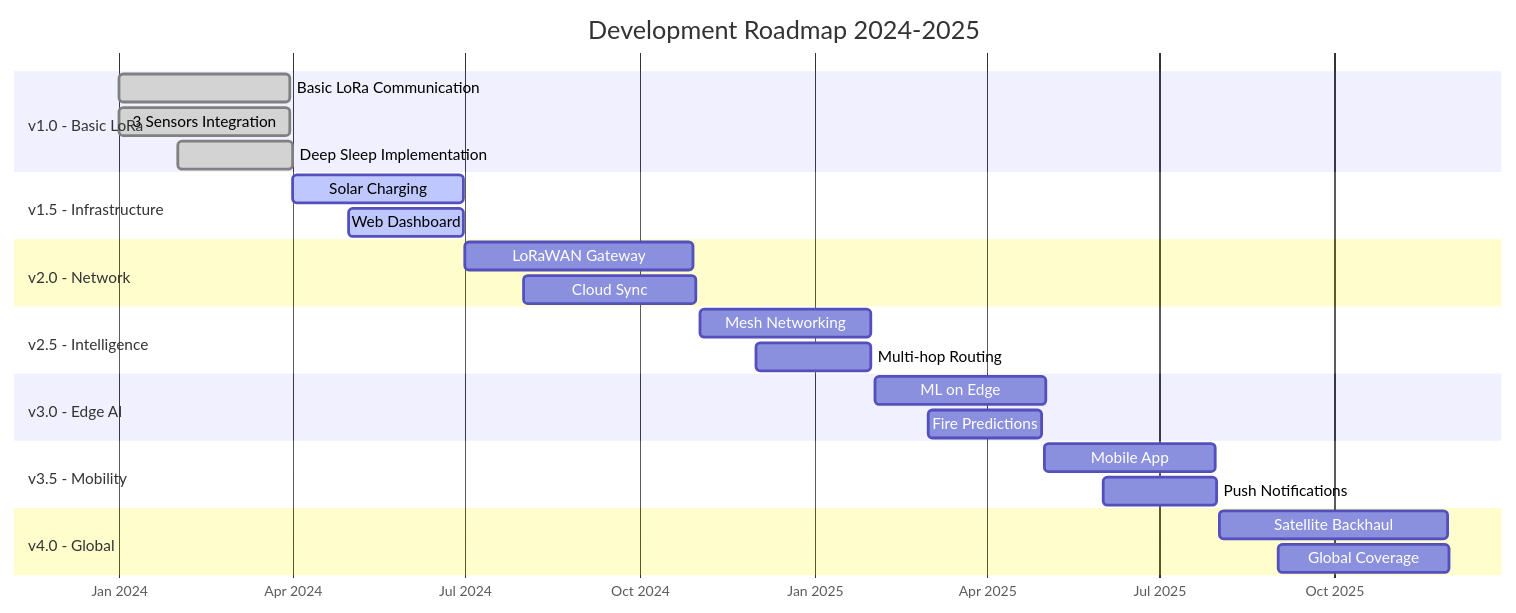
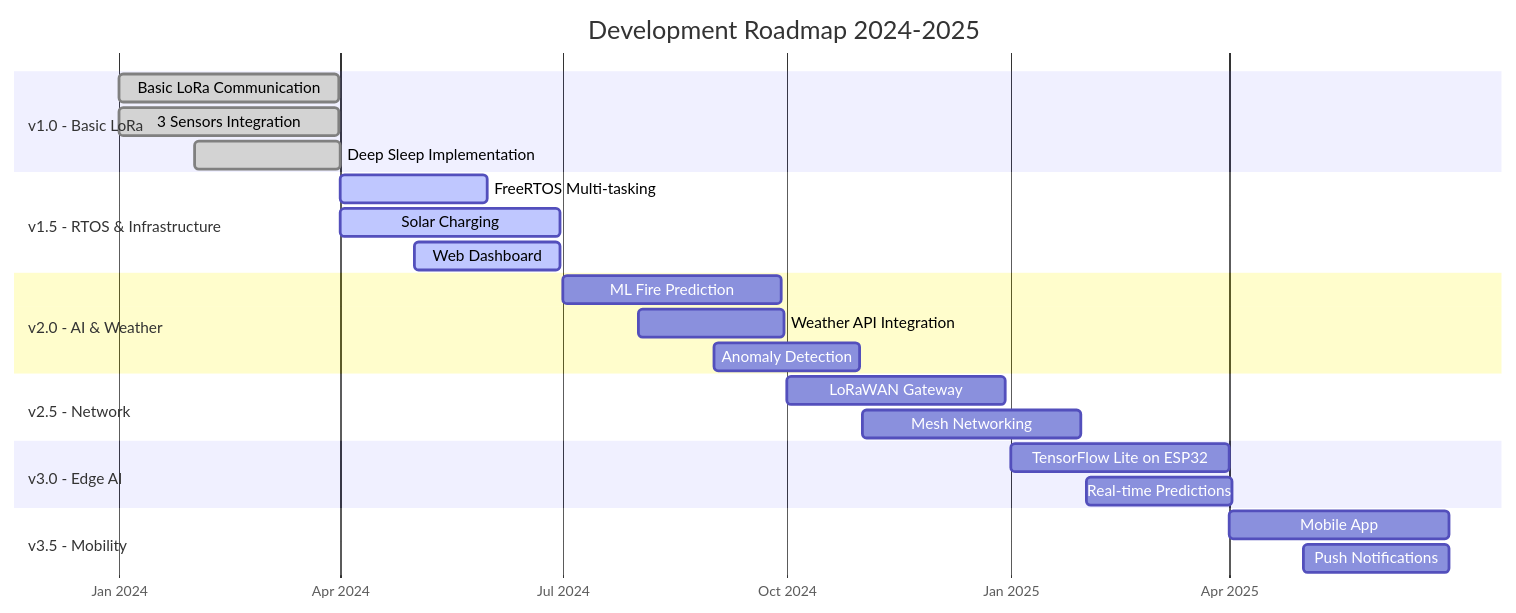
One commit to ficrammanifur/offline-emergency-lora-system changed the eighth of 10 diagrams in README.md. Above: the diagram before and after it, drawn with Mermaid. The commit also changed other lines of this file, not shown here.

````diff
--- a/README.md
+++ b/README.md
@@ -624,35 +1018,33 @@
 ```mermaid
 gantt
     title Development Roadmap 2024-2025
     dateFormat YYYY-MM
     axisFormat %b %Y
     
     section v1.0 - Basic LoRa
     Basic LoRa Communication :done, 2024-01, 90d
     3 Sensors Integration :done, 2024-01, 90d
     Deep Sleep Implementation :done, 2024-02, 60d
 
-    section v1.5 - Infrastructure
+    section v1.5 - RTOS & Infrastructure
+    FreeRTOS Multi-tasking :active, 2024-04, 60d
     Solar Charging :active, 2024-04, 90d
     Web Dashboard :active, 2024-05, 60d
 
-    section v2.0 - Network
-    LoRaWAN Gateway : 2024-07, 120d
-    Cloud Sync : 2024-08, 90d
+    section v2.0 - AI & Weather
+    ML Fire Prediction : 2024-07, 90d
+    Weather API Integration : 2024-08, 60d
+    Anomaly Detection : 2024-09, 60d
 
-    section v2.5 - Intelligence
+    section v2.5 - Network
+    LoRaWAN Gateway : 2024-10, 90d
     Mesh Networking : 2024-11, 90d
-    Multi-hop Routing : 2024-12, 60d
 
     section v3.0 - Edge AI
-    ML on Edge : 2025-02, 90d
-    Fire Predictions : 2025-03, 60d
+    TensorFlow Lite on ESP32 : 2025-01, 90d
+    Real-time Predictions : 2025-02, 60d
 
     section v3.5 - Mobility
-    Mobile App : 2025-05, 90d
-    Push Notifications : 2025-06, 60d
-
-    section v4.0 - Global
-    Satellite Backhaul : 2025-08, 120d
-    Global Coverage : 2025-09, 90d
+    Mobile App : 2025-04, 90d
+    Push Notifications : 2025-05, 60d
 ```
````
